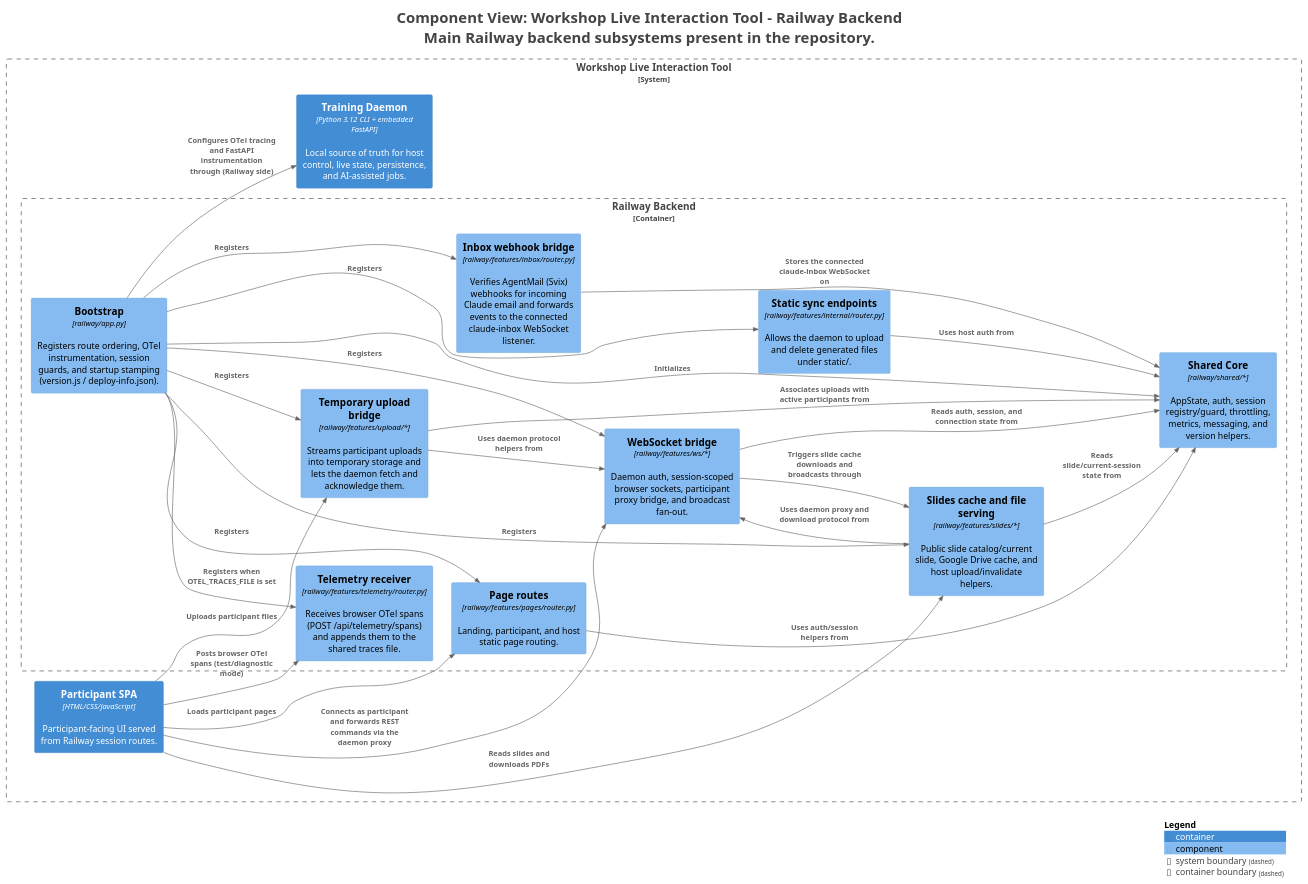
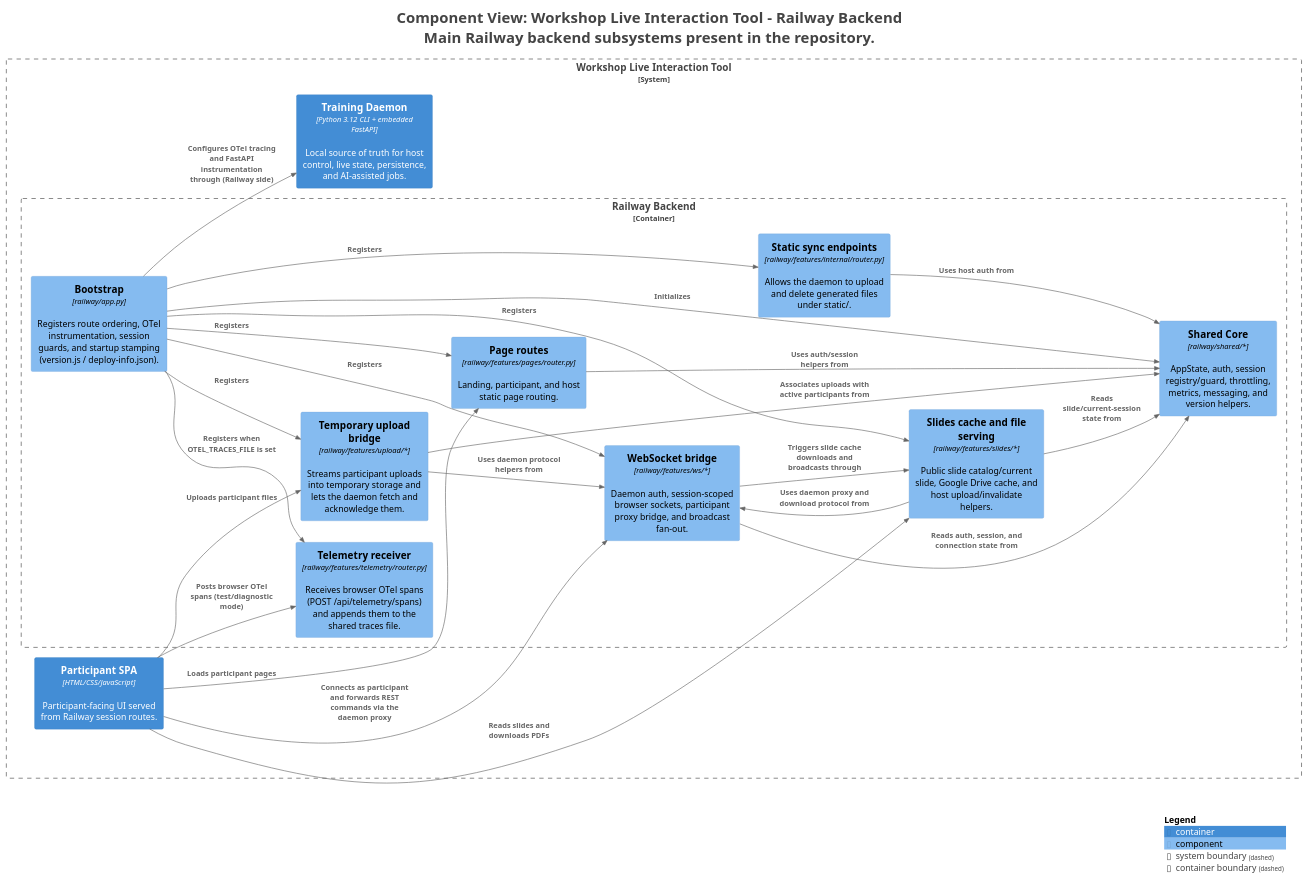
The diagram in docs/c4views/C3-Backend-Overview.puml (victorrentea/training-assistant), drawn with PlantUML before and after one commit. The commit also changed 45 other files, not shown here.

```diff
--- a/docs/c4views/C3-Backend-Overview.puml
+++ b/docs/c4views/C3-Backend-Overview.puml
@@ -1,62 +1,59 @@
 @startuml
 title <size:24>Component View: Workshop Live Interaction Tool - Railway Backend</size>\n<size:24>Main Railway backend subsystems present in the repository.</size>
 
 set separator none
 left to right direction
 
 <style>
   root {
     BackgroundColor: #ffffff
     FontColor: #444444
   }
 </style>
 
 !include <C4/C4>
 !include <C4/C4_Context>
 !include <C4/C4_Container>
 !include <C4/C4_Component>
 
 System_Boundary("WorkshopLiveInteractionTool_boundary", "Workshop Live Interaction Tool", $tags="") {
   Container_Boundary("WorkshopLiveInteractionTool.RailwayBackend_boundary", "Railway Backend", $tags="") {
     Component(WorkshopLiveInteractionTool.RailwayBackend.Bootstrap, "Bootstrap", $techn="railway/app.py", $descr="Registers route ordering, OTel instrumentation, session guards, and startup stamping (version.js / deploy-info.json).", $tags="", $link="")
     Component(WorkshopLiveInteractionTool.RailwayBackend.SharedCore, "Shared Core", $techn="railway/shared/*", $descr="AppState, auth, session registry/guard, throttling, metrics, messaging, and version helpers.", $tags="", $link="")
     Component(WorkshopLiveInteractionTool.RailwayBackend.WebSocketbridge, "WebSocket bridge", $techn="railway/features/ws/*", $descr="Daemon auth, session-scoped browser sockets, participant proxy bridge, and broadcast fan-out.", $tags="", $link="")
     Component(WorkshopLiveInteractionTool.RailwayBackend.Pageroutes, "Page routes", $techn="railway/features/pages/router.py", $descr="Landing, participant, and host static page routing.", $tags="", $link="")
     Component(WorkshopLiveInteractionTool.RailwayBackend.Slidescacheandfileserving, "Slides cache and file serving", $techn="railway/features/slides/*", $descr="Public slide catalog/current slide, Google Drive cache, and host upload/invalidate helpers.", $tags="", $link="")
     Component(WorkshopLiveInteractionTool.RailwayBackend.Temporaryuploadbridge, "Temporary upload bridge", $techn="railway/features/upload/*", $descr="Streams participant uploads into temporary storage and lets the daemon fetch and acknowledge them.", $tags="", $link="")
     Component(WorkshopLiveInteractionTool.RailwayBackend.Staticsyncendpoints, "Static sync endpoints", $techn="railway/features/internal/router.py", $descr="Allows the daemon to upload and delete generated files under static/.", $tags="", $link="")
-    Component(WorkshopLiveInteractionTool.RailwayBackend.Inboxwebhookbridge, "Inbox webhook bridge", $techn="railway/features/inbox/router.py", $descr="Verifies AgentMail (Svix) webhooks for incoming Claude email and forwards events to the connected claude-inbox WebSocket listener.", $tags="", $link="")
     Component(WorkshopLiveInteractionTool.RailwayBackend.Telemetryreceiver, "Telemetry receiver", $techn="railway/features/telemetry/router.py", $descr="Receives browser OTel spans (POST /api/telemetry/spans) and appends them to the shared traces file.", $tags="", $link="")
   }
 
   Container(WorkshopLiveInteractionTool.ParticipantSPA, "Participant SPA", $techn="HTML/CSS/JavaScript", $descr="Participant-facing UI served from Railway session routes.", $tags="", $link="")
   Container(WorkshopLiveInteractionTool.TrainingDaemon, "Training Daemon", $techn="Python 3.12 CLI + embedded FastAPI", $descr="Local source of truth for host control, live state, persistence, and AI-assisted jobs.", $tags="", $link="")
 }
 
 Rel(WorkshopLiveInteractionTool.ParticipantSPA, WorkshopLiveInteractionTool.RailwayBackend.Pageroutes, "Loads participant pages", $techn="", $tags="", $link="")
 Rel(WorkshopLiveInteractionTool.ParticipantSPA, WorkshopLiveInteractionTool.RailwayBackend.WebSocketbridge, "Connects as participant and forwards REST commands via the daemon proxy", $techn="", $tags="", $link="")
 Rel(WorkshopLiveInteractionTool.ParticipantSPA, WorkshopLiveInteractionTool.RailwayBackend.Slidescacheandfileserving, "Reads slides and downloads PDFs", $techn="", $tags="", $link="")
 Rel(WorkshopLiveInteractionTool.ParticipantSPA, WorkshopLiveInteractionTool.RailwayBackend.Temporaryuploadbridge, "Uploads participant files", $techn="", $tags="", $link="")
 Rel(WorkshopLiveInteractionTool.ParticipantSPA, WorkshopLiveInteractionTool.RailwayBackend.Telemetryreceiver, "Posts browser OTel spans (test/diagnostic mode)", $techn="", $tags="", $link="")
 Rel(WorkshopLiveInteractionTool.RailwayBackend.Bootstrap, WorkshopLiveInteractionTool.RailwayBackend.SharedCore, "Initializes", $techn="", $tags="", $link="")
 Rel(WorkshopLiveInteractionTool.RailwayBackend.Bootstrap, WorkshopLiveInteractionTool.RailwayBackend.WebSocketbridge, "Registers", $techn="", $tags="", $link="")
 Rel(WorkshopLiveInteractionTool.RailwayBackend.Bootstrap, WorkshopLiveInteractionTool.RailwayBackend.Pageroutes, "Registers", $techn="", $tags="", $link="")
 Rel(WorkshopLiveInteractionTool.RailwayBackend.Bootstrap, WorkshopLiveInteractionTool.RailwayBackend.Slidescacheandfileserving, "Registers", $techn="", $tags="", $link="")
 Rel(WorkshopLiveInteractionTool.RailwayBackend.Bootstrap, WorkshopLiveInteractionTool.RailwayBackend.Temporaryuploadbridge, "Registers", $techn="", $tags="", $link="")
 Rel(WorkshopLiveInteractionTool.RailwayBackend.Bootstrap, WorkshopLiveInteractionTool.RailwayBackend.Staticsyncendpoints, "Registers", $techn="", $tags="", $link="")
-Rel(WorkshopLiveInteractionTool.RailwayBackend.Bootstrap, WorkshopLiveInteractionTool.RailwayBackend.Inboxwebhookbridge, "Registers", $techn="", $tags="", $link="")
 Rel(WorkshopLiveInteractionTool.RailwayBackend.Bootstrap, WorkshopLiveInteractionTool.RailwayBackend.Telemetryreceiver, "Registers when OTEL_TRACES_FILE is set", $techn="", $tags="", $link="")
 Rel(WorkshopLiveInteractionTool.RailwayBackend.WebSocketbridge, WorkshopLiveInteractionTool.RailwayBackend.SharedCore, "Reads auth, session, and connection state from", $techn="", $tags="", $link="")
 Rel(WorkshopLiveInteractionTool.RailwayBackend.Pageroutes, WorkshopLiveInteractionTool.RailwayBackend.SharedCore, "Uses auth/session helpers from", $techn="", $tags="", $link="")
 Rel(WorkshopLiveInteractionTool.RailwayBackend.Slidescacheandfileserving, WorkshopLiveInteractionTool.RailwayBackend.SharedCore, "Reads slide/current-session state from", $techn="", $tags="", $link="")
 Rel(WorkshopLiveInteractionTool.RailwayBackend.Slidescacheandfileserving, WorkshopLiveInteractionTool.RailwayBackend.WebSocketbridge, "Uses daemon proxy and download protocol from", $techn="", $tags="", $link="")
 Rel(WorkshopLiveInteractionTool.RailwayBackend.Temporaryuploadbridge, WorkshopLiveInteractionTool.RailwayBackend.SharedCore, "Associates uploads with active participants from", $techn="", $tags="", $link="")
 Rel(WorkshopLiveInteractionTool.RailwayBackend.Temporaryuploadbridge, WorkshopLiveInteractionTool.RailwayBackend.WebSocketbridge, "Uses daemon protocol helpers from", $techn="", $tags="", $link="")
 Rel(WorkshopLiveInteractionTool.RailwayBackend.Staticsyncendpoints, WorkshopLiveInteractionTool.RailwayBackend.SharedCore, "Uses host auth from", $techn="", $tags="", $link="")
-Rel(WorkshopLiveInteractionTool.RailwayBackend.Inboxwebhookbridge, WorkshopLiveInteractionTool.RailwayBackend.SharedCore, "Stores the connected claude-inbox WebSocket on", $techn="", $tags="", $link="")
 Rel(WorkshopLiveInteractionTool.RailwayBackend.WebSocketbridge, WorkshopLiveInteractionTool.RailwayBackend.Slidescacheandfileserving, "Triggers slide cache downloads and broadcasts through", $techn="", $tags="", $link="")
 Rel(WorkshopLiveInteractionTool.RailwayBackend.Bootstrap, WorkshopLiveInteractionTool.TrainingDaemon, "Configures OTel tracing and FastAPI instrumentation through (Railway side)", $techn="", $tags="", $link="")
 
 SHOW_LEGEND(true)
 hide stereotypes
 @enduml
```
